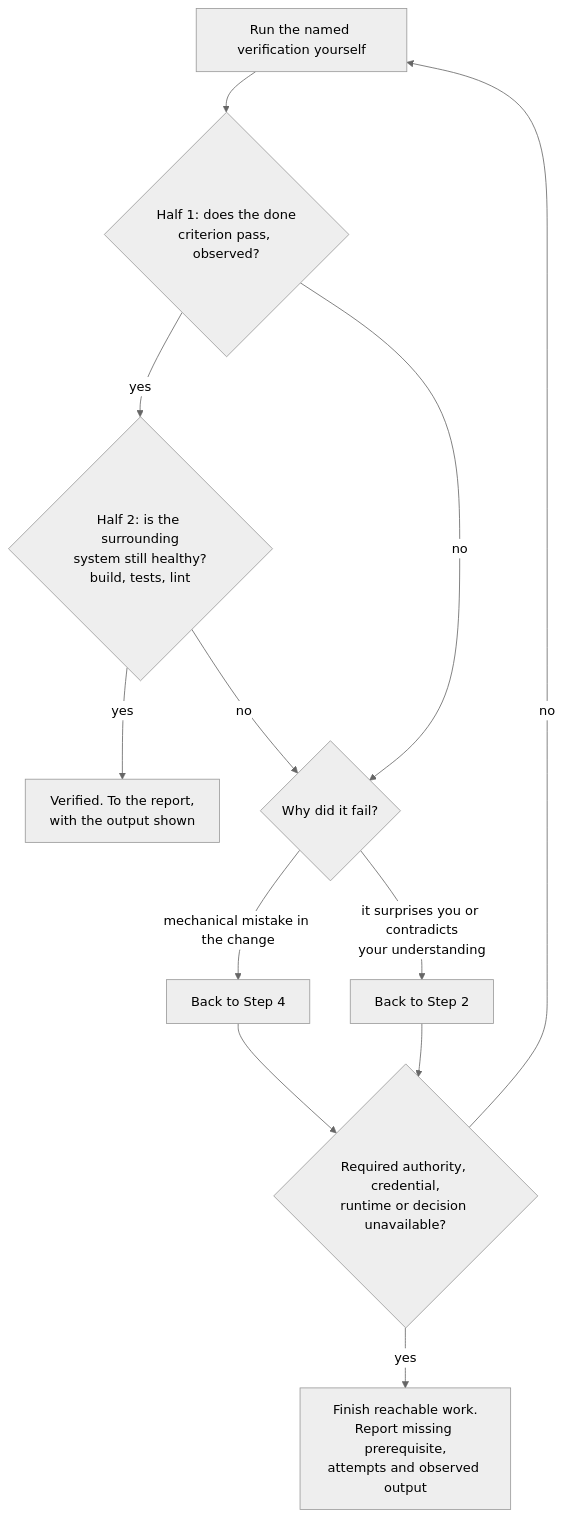
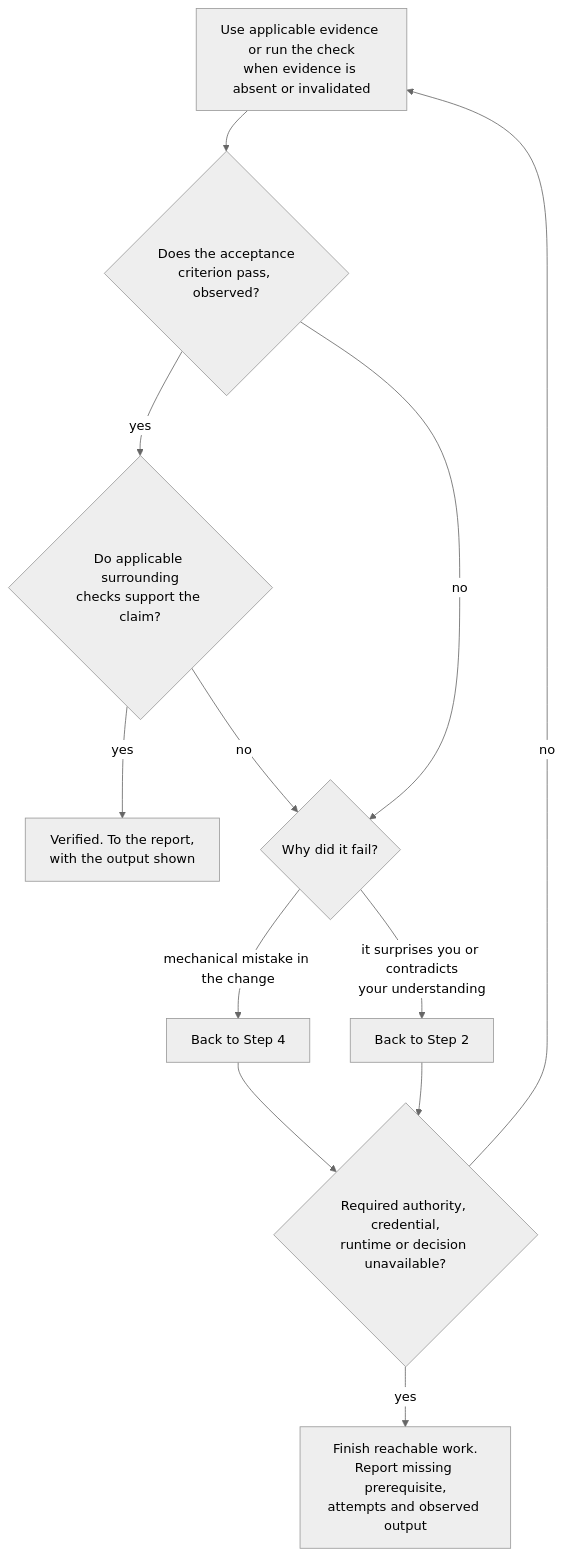
Before and after one commit to oleg494/coding-kit: the sixth of 8 diagrams in skills/fable-method/references/flowcharts.md, drawn with Mermaid (neutral theme). The commit also changed other lines of this file and 105 other files, not shown here.

````diff
--- a/skills/fable-method/references/flowcharts.md
+++ b/skills/fable-method/references/flowcharts.md
@@ -95,14 +94,14 @@
 ```mermaid
 flowchart TD
-    V["Run the named verification yourself"] --> H1{"Half 1: does the done<br/>criterion pass, observed?"}
-    H1 -->|yes| H2{"Half 2: is the surrounding<br/>system still healthy?<br/>build, tests, lint"}
+    V["Use applicable evidence or run the check<br/>when evidence is absent or invalidated"] --> H1{"Does the acceptance<br/>criterion pass, observed?"}
+    H1 -->|yes| H2{"Do applicable surrounding<br/>checks support the claim?"}
     H2 -->|yes| OK["Verified. To the report,<br/>with the output shown"]
     H1 -->|no| WHY{"Why did it fail?"}
     H2 -->|no| WHY
     WHY -->|"mechanical mistake in the change"| BACK4["Back to Step 4"]
     WHY -->|"it surprises you or contradicts<br/>your understanding"| BACK2["Back to Step 2"]
     BACK4 --> CNT{"Required authority, credential,<br/>runtime or decision unavailable?"}
     BACK2 --> CNT
     CNT -->|no| V
     CNT -->|yes| HAND["Finish reachable work.<br/>Report missing prerequisite,<br/>attempts and observed output"]
 ```
````
